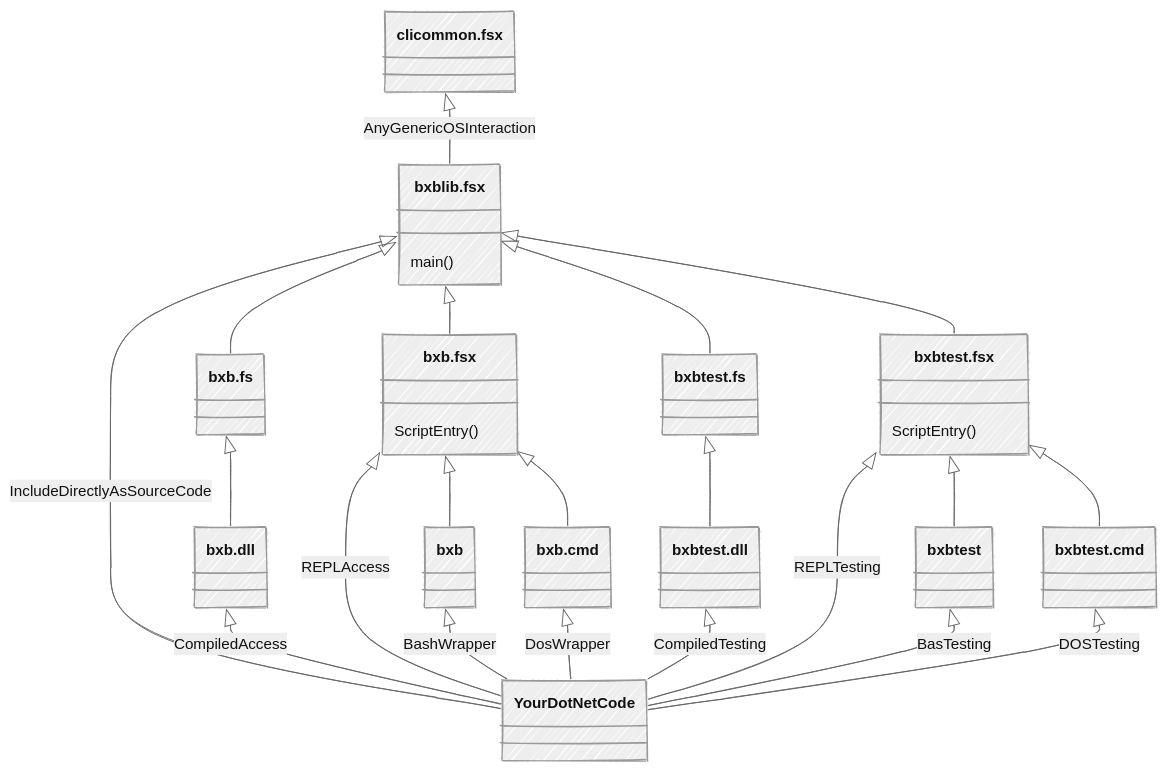
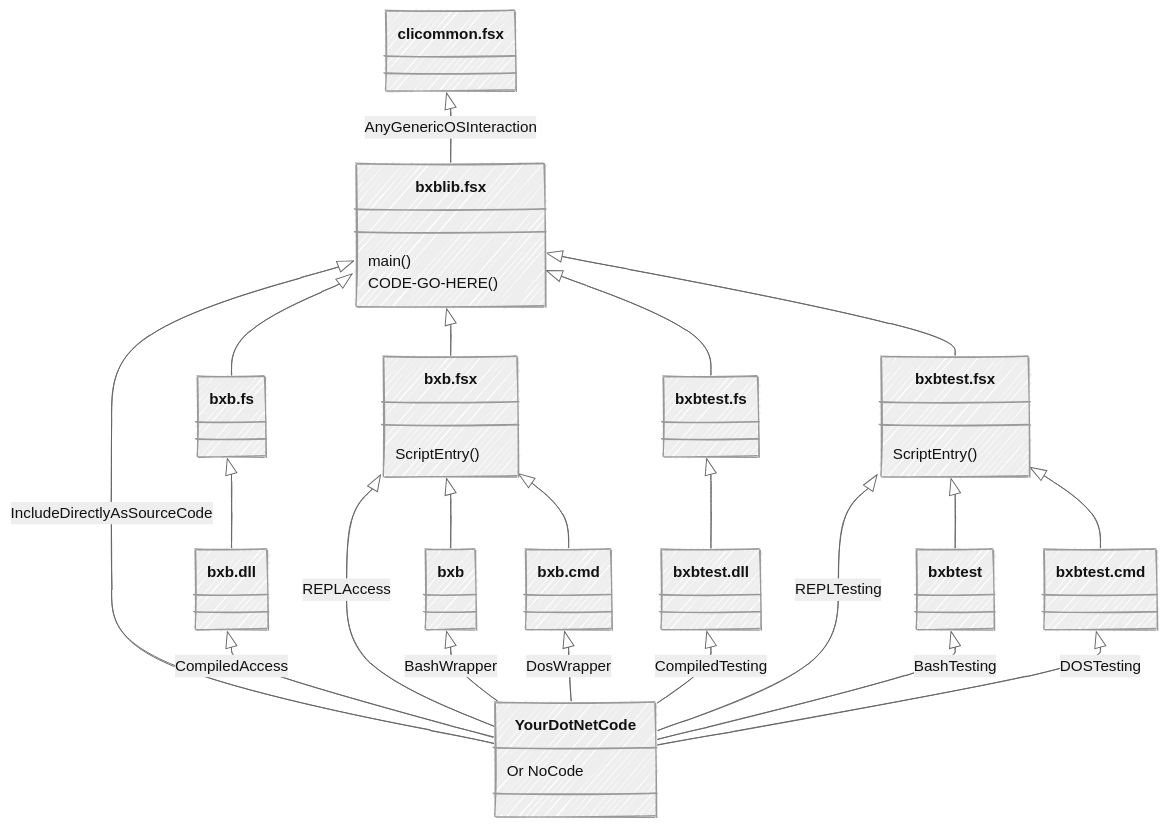
The diagram in docs/Overview.md (DanielBMarkham/bxb), drawn with Mermaid before and after one commit. The commit also changed 1 other file, not shown here.

````diff
--- a/docs/Overview.md
+++ b/docs/Overview.md
@@ -3,54 +3,55 @@
 ```mermaid
 ---
 config:
   look: handDrawn
   theme: neutral
 ---
 classDiagram
 
 
 clicommon.fsx
 bxblib.fsx
 bxb.fsx
 clicommon.fsx <|-- bxblib.fsx : AnyGenericOSInteraction
 bxblib.fsx <|-- bxb.fsx
 bxblib.fsx : main()
+bxblib.fsx : CODE-GO-HERE()
 bxb.fsx : ScriptEntry()
 bxb
 bxb.cmd
 bxb.fsx  <|-- bxb
 bxb.fsx  <|-- bxb.cmd
 bxb.fs
 bxb.dll
 bxblib.fsx <|-- bxb.fs
 bxb.fs <|-- bxb.dll
 
 
 
 bxbtest.fsx
 bxbtest
 bxbtest.cmd
 bxblib.fsx <|-- bxbtest.fsx
 bxbtest.fsx : ScriptEntry()
 bxbtest.fsx  <|-- bxbtest
 bxbtest.fsx  <|-- bxbtest.cmd
 bxbtest.fs
 bxbtest.dll
 bxblib.fsx <|-- bxbtest.fs
 bxbtest.fs <|-- bxbtest.dll
 
-YourDotNetCode
+YourDotNetCode : Or NoCode
 bxblib.fsx  <|-- YourDotNetCode : IncludeDirectlyAsSourceCode
 bxb.dll  <|-- YourDotNetCode : CompiledAccess
 bxb.fsx  <|-- YourDotNetCode : REPLAccess
 bxb  <|-- YourDotNetCode : BashWrapper
 bxb.cmd  <|-- YourDotNetCode : DosWrapper
 
 
 bxbtest.dll  <|-- YourDotNetCode : CompiledTesting
 bxbtest.fsx  <|-- YourDotNetCode : REPLTesting
-bxbtest  <|-- YourDotNetCode : BasTesting
+bxbtest  <|-- YourDotNetCode : BashTesting
 bxbtest.cmd  <|-- YourDotNetCode : DOSTesting
 
 
 ```
````
